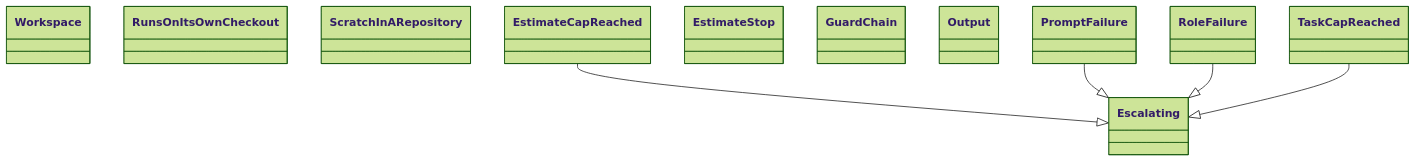
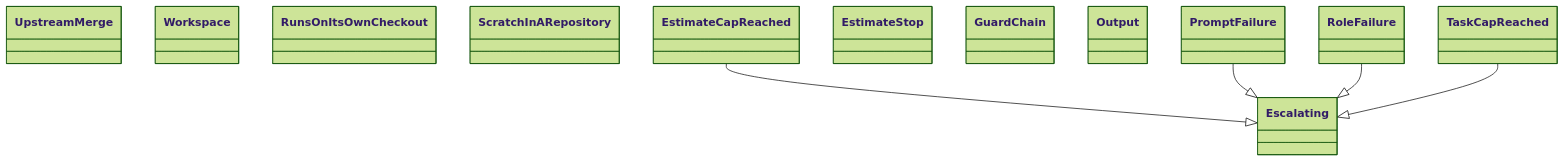
The diagram in docs/architecture/generated/classes-process-application-support-6.md (GonzaloZevallos/agentic-system), drawn with Mermaid (forest theme) before and after one commit. The commit also changed 16 other files, not shown here.

````diff
--- a/docs/architecture/generated/classes-process-application-support-6.md
+++ b/docs/architecture/generated/classes-process-application-support-6.md
@@ -16,18 +16,19 @@
 ```mermaid
 classDiagram
+    class ports__UpstreamMerge["UpstreamMerge"]
     class ports__Workspace["Workspace"]
     class preflight__RunsOnItsOwnCheckout["RunsOnItsOwnCheckout"]
     class preflight__ScratchInARepository["ScratchInARepository"]
     class run_role__Escalating["Escalating"]
     class run_role__EstimateCapReached["EstimateCapReached"]
     class run_role__EstimateStop["EstimateStop"]
     class run_role__GuardChain["GuardChain"]
     class run_role__Output["Output"]
     class run_role__PromptFailure["PromptFailure"]
     class run_role__RoleFailure["RoleFailure"]
     class run_role__TaskCapReached["TaskCapReached"]
     run_role__EstimateCapReached --|> run_role__Escalating
     run_role__PromptFailure --|> run_role__Escalating
     run_role__RoleFailure --|> run_role__Escalating
     run_role__TaskCapReached --|> run_role__Escalating
 ```
````
